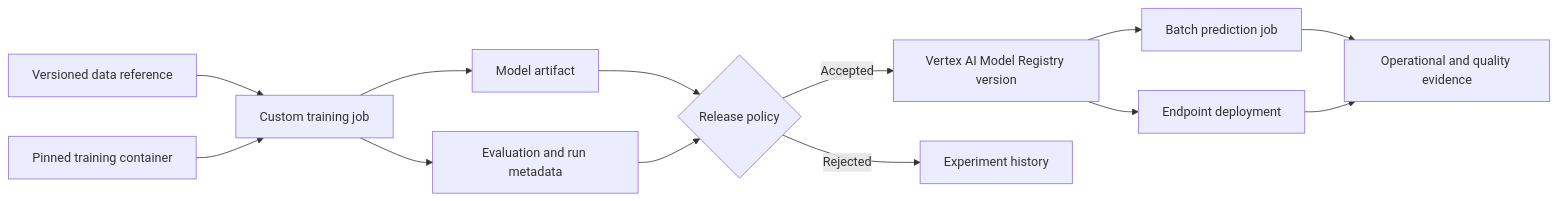
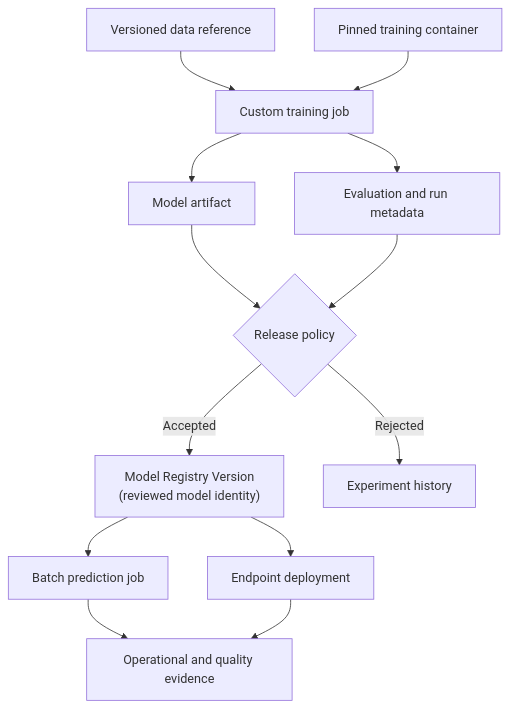
One commit to senlinyy/dev-roadmaps changed the first of 3 diagrams in roadmaps/mlops/modules/mlops-infrastructure/cloud-mlops-services/google-cloud-mlops/01-google-vertex-ai-overview.md. Above: the diagram before and after it, drawn with Mermaid. The commit also changed other lines of this file and 152 other files, not shown here.

Commit message:
feat: mlops and diagrams updated

````diff
--- a/roadmaps/mlops/modules/mlops-infrastructure/cloud-mlops-services/google-cloud-mlops/01-google-vertex-ai-overview.md
+++ b/roadmaps/mlops/modules/mlops-infrastructure/cloud-mlops-services/google-cloud-mlops/01-google-vertex-ai-overview.md
@@ -37,15 +37,15 @@
 ```mermaid
-flowchart LR
+flowchart TD
     D["Versioned data reference"] --> J["Custom training job"]
     C["Pinned training container"] --> J
     J --> A["Model artifact"]
     J --> E["Evaluation and run metadata"]
     A --> G{"Release policy"}
     E --> G
-    G -->|Accepted| R["Vertex AI Model Registry version"]
+    G -->|Accepted| R["Model Registry Version<br/>(reviewed model identity)"]
     G -->|Rejected| H["Experiment history"]
     R --> B["Batch prediction job"]
     R --> O["Endpoint deployment"]
     B --> M["Operational and quality evidence"]
     O --> M
 ```
````
